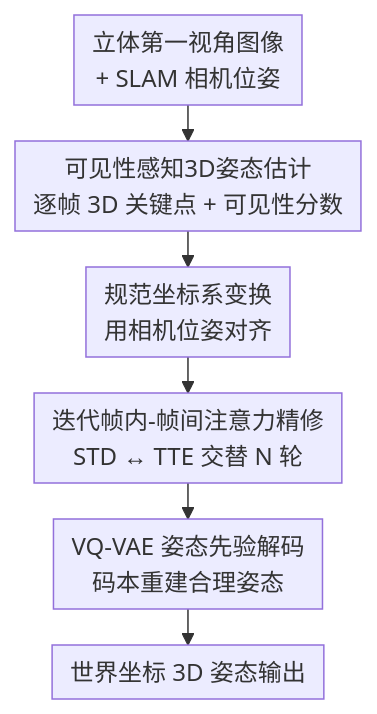
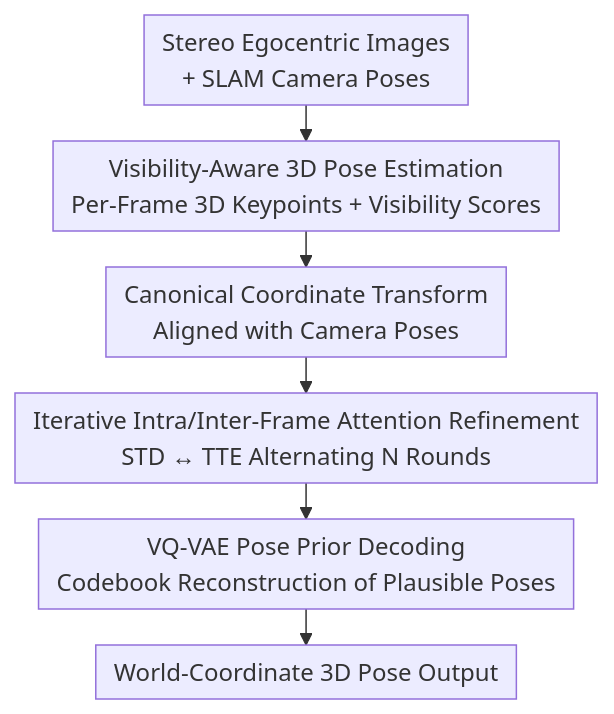
Before and after one commit to zhaoyang97/Paper-Notes-en: the diagram in docs/CVPR2026/3d_vision/egocentric_visibility-aware_human_pose_estimation.md, drawn with Mermaid. The commit also changed 644 other files, not shown here.

````diff
--- a/docs/CVPR2026/3d_vision/egocentric_visibility-aware_human_pose_estimation.md
+++ b/docs/CVPR2026/3d_vision/egocentric_visibility-aware_human_pose_estimation.md
@@ -49,9 +49,9 @@
 ```mermaid
 %%{init: {'flowchart': {'rankSpacing': 24, 'nodeSpacing': 28, 'padding': 6, 'wrappingWidth': 400}}}%%
 flowchart TD
-    A["立体第一视角图像<br/>+ SLAM 相机位姿"] --> B["可见性感知3D姿态估计<br/>逐帧 3D 关键点 + 可见性分数"]
-    B --> C["规范坐标系变换<br/>用相机位姿对齐"]
-    C --> D["迭代帧内-帧间注意力精修<br/>STD ↔ TTE 交替 N 轮"]
-    D --> E["VQ-VAE 姿态先验解码<br/>码本重建合理姿态"]
-    E --> F["世界坐标 3D 姿态输出"]
+    A["Stereo Egocentric Images<br/>+ SLAM Camera Poses"] --> B["Visibility-Aware 3D Pose Estimation<br/>Per-Frame 3D Keypoints + Visibility Scores"]
+    B --> C["Canonical Coordinate Transform<br/>Aligned with Camera Poses"]
+    C --> D["Iterative Intra/Inter-Frame Attention Refinement<br/>STD ↔ TTE Alternating N Rounds"]
+    D --> E["VQ-VAE Pose Prior Decoding<br/>Codebook Reconstruction of Plausible Poses"]
+    E --> F["World-Coordinate 3D Pose Output"]
 ```
````
